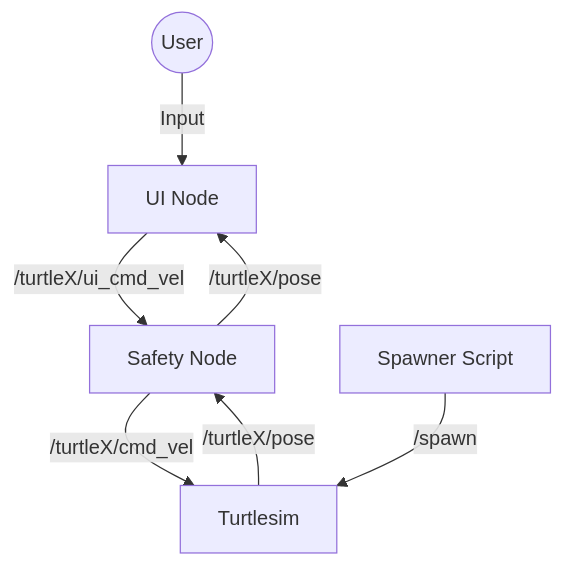
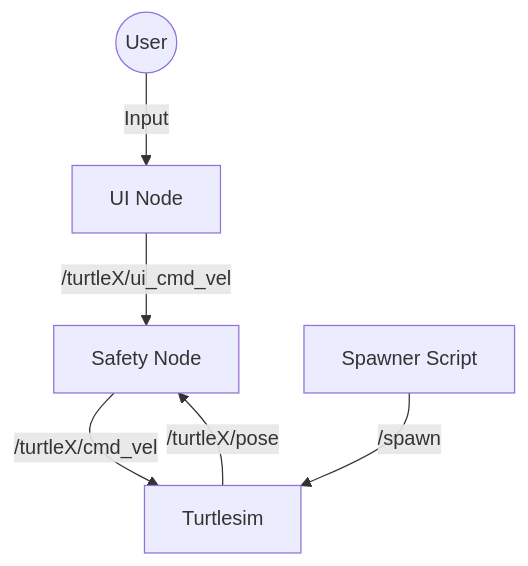
The diagram in ReadMe.md (Mihret111/assignment1_rt), drawn with Mermaid before and after one commit. The commit also changed other lines of this file, not shown here.

````diff
--- a/ReadMe.md
+++ b/ReadMe.md
@@ -9,8 +9,8 @@
 ```mermaid
 graph TD
     User((User)) -->|Input| UI[UI Node]
     UI -->|/turtleX/ui_cmd_vel| Safety[Safety Node]
     Safety -->|/turtleX/cmd_vel| Sim[Turtlesim]
-    Sim -->|/turtleX/pose| Safety -->|/turtleX/pose| UI
+    Sim -->|/turtleX/pose| Safety
     Spawner[Spawner Script] -->|/spawn| Sim
 ```
````
